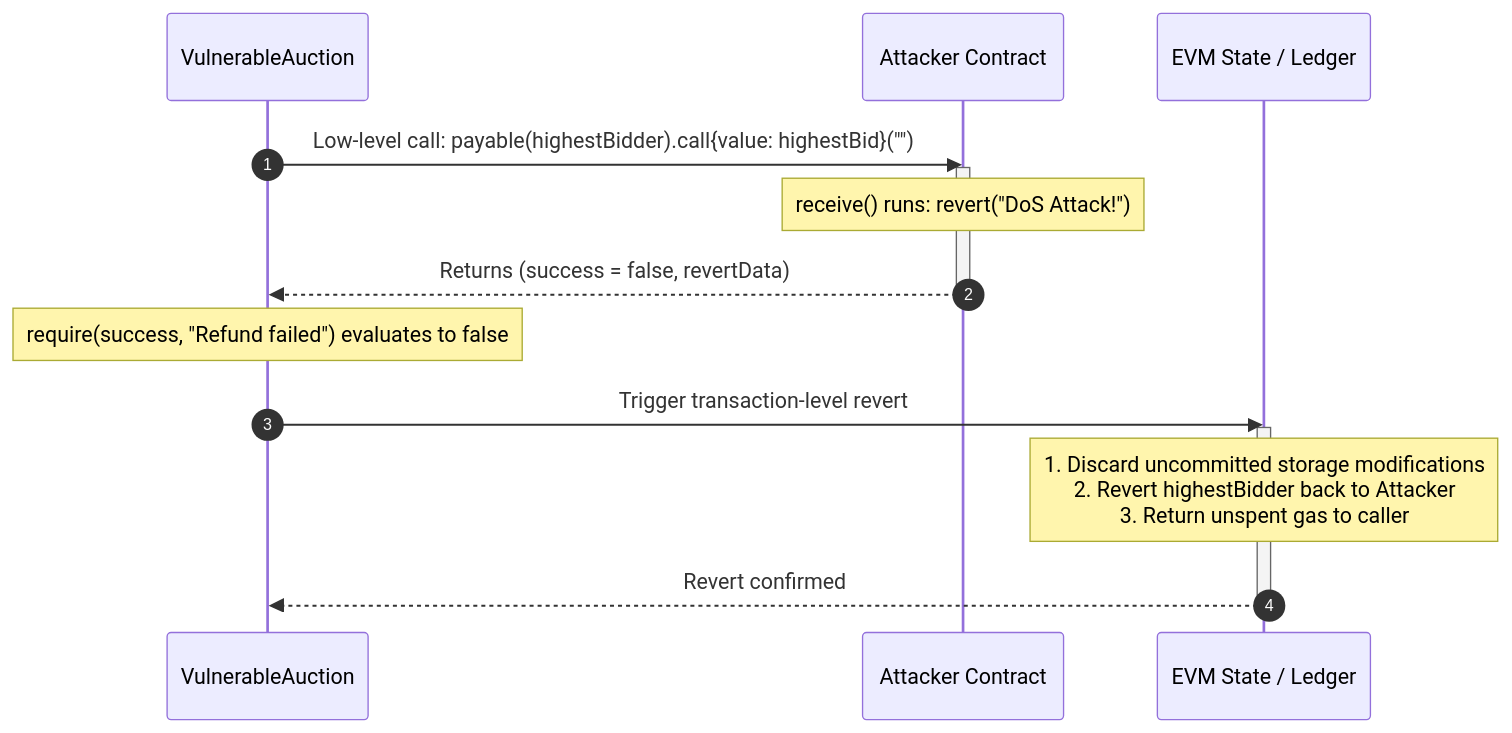
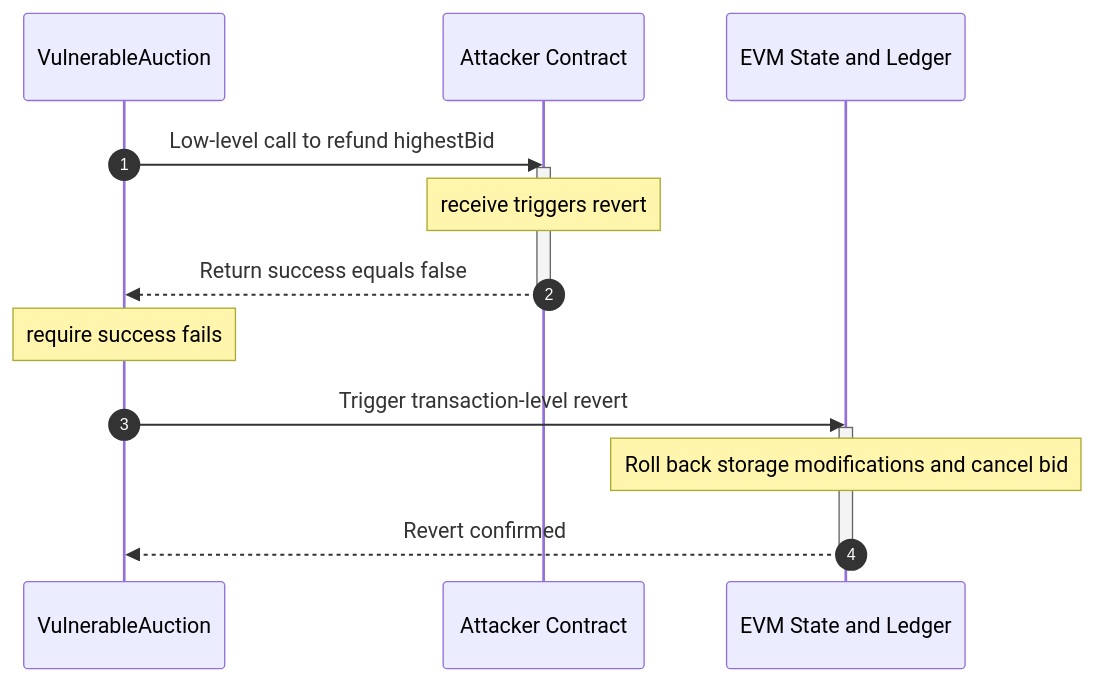
One commit to Rohit-Solanki-6105/blockchain-security-learning changed the fourth of 4 diagrams in docs/DOS.md. Above: the diagram before and after it, drawn with Mermaid. The commit also changed other lines of this file, not shown here.

````diff
--- a/docs/DOS.md
+++ b/docs/DOS.md
@@ -344,22 +400,21 @@
 ```mermaid
-
 sequenceDiagram
     autonumber
     participant VA as VulnerableAuction
     participant AC as Attacker Contract
-    participant EVM as EVM State / Ledger
+    participant EVM as EVM State and Ledger
 
-    VA->>AC: Low-level call: payable(highestBidder).call{value: highestBid}("")
+    VA->>AC: Low-level call to refund highestBid
     activate AC
-    Note over AC: receive() runs: revert("DoS Attack!")
-    AC-->>VA: Returns (success = false, revertData)
+    Note over AC: receive triggers revert
+    AC-->>VA: Return success equals false
     deactivate AC
 
-    Note over VA: require(success, "Refund failed") evaluates to false
+    Note over VA: require success fails
     VA->>EVM: Trigger transaction-level revert
     activate EVM
-    Note over EVM: 1. Discard uncommitted storage modifications<br/>2. Revert highestBidder back to Attacker<br/>3. Return unspent gas to caller
+    Note over EVM: Roll back storage modifications and cancel bid
     EVM-->>VA: Revert confirmed
     deactivate EVM
 
 ```
````
